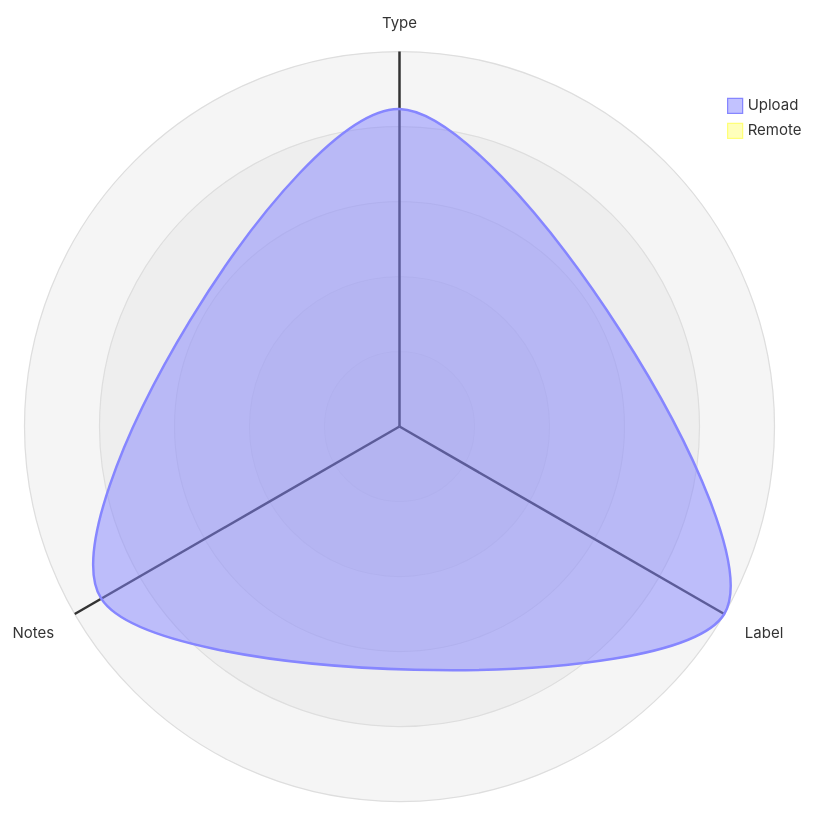
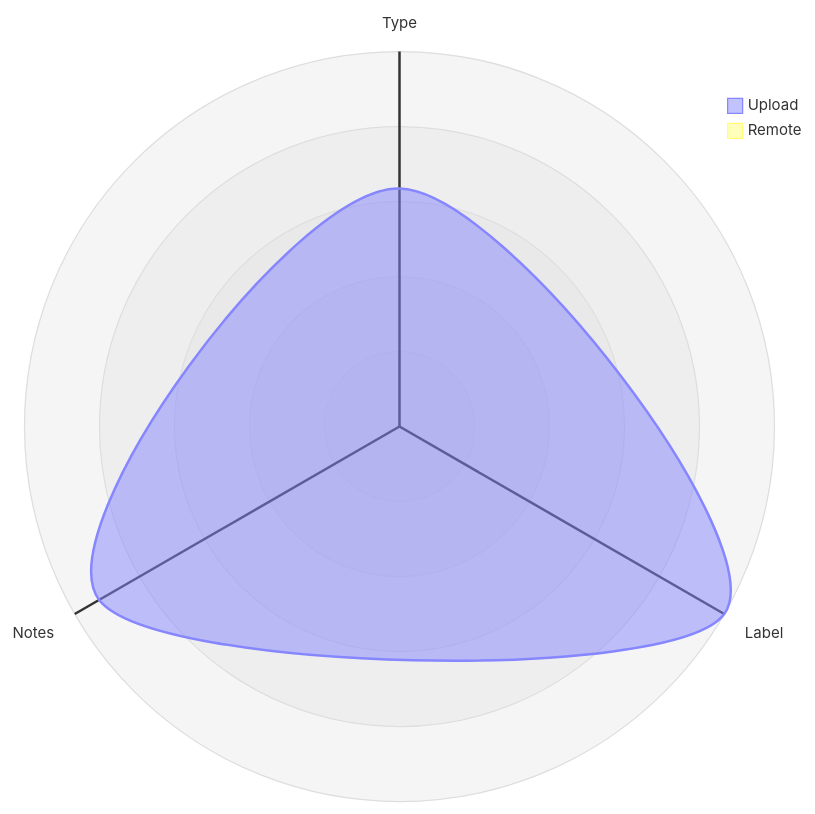
One commit to open-data/analytics-corporate-reporting changed the third of 5 diagrams in datastore_tracker/README.md. Above: the diagram before and after it, drawn with Mermaid. The commit also changed other lines of this file and 14 other files, not shown here.

````diff
--- a/datastore_tracker/README.md
+++ b/datastore_tracker/README.md
@@ -105,12 +104,12 @@
 ```mermaid
 radar-beta
   axis T["Type"], L["Label"], N["Notes"]
-  curve u["Upload"]{0.00083, 0.00098, 0.0009}
+  curve u["Upload"]{0.00059, 0.00093, 0.00086}
   curve r["Remote"]{0, 0, 0}
 
   showLegend true
 
   min 0
   graticule circle
   ticks 5
 ```
````
